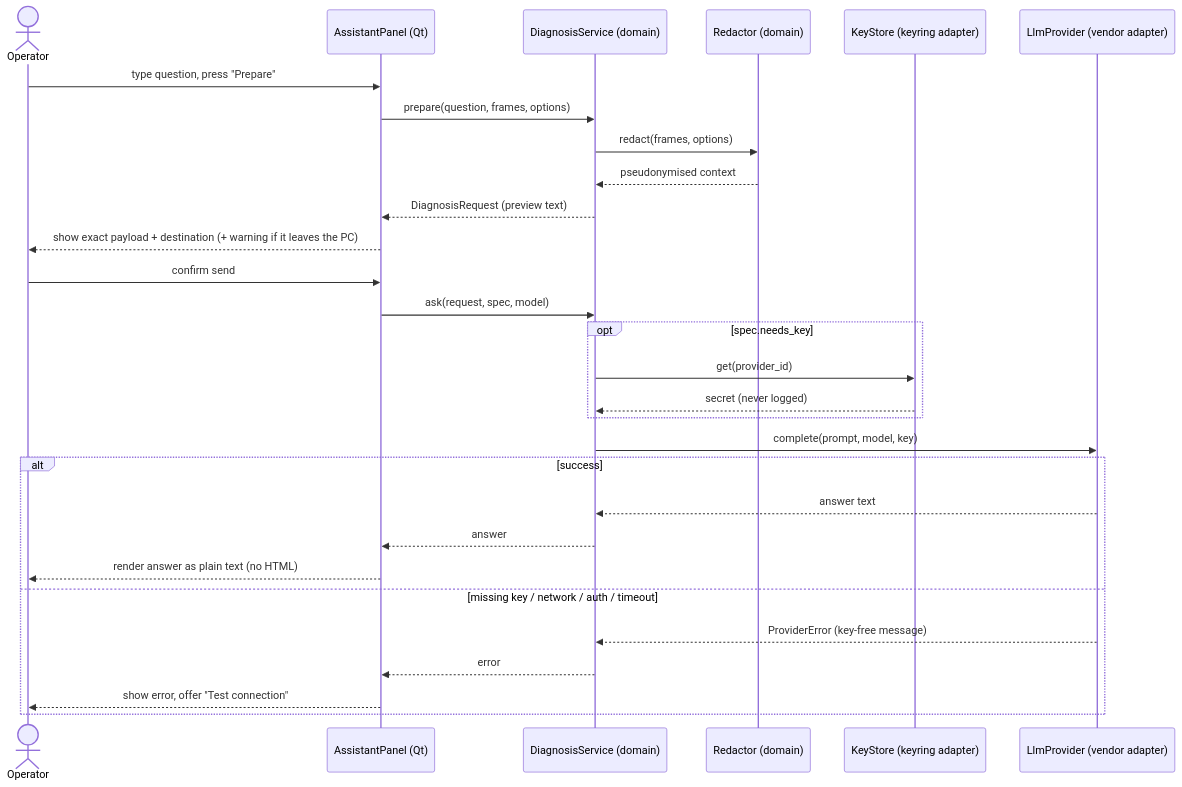
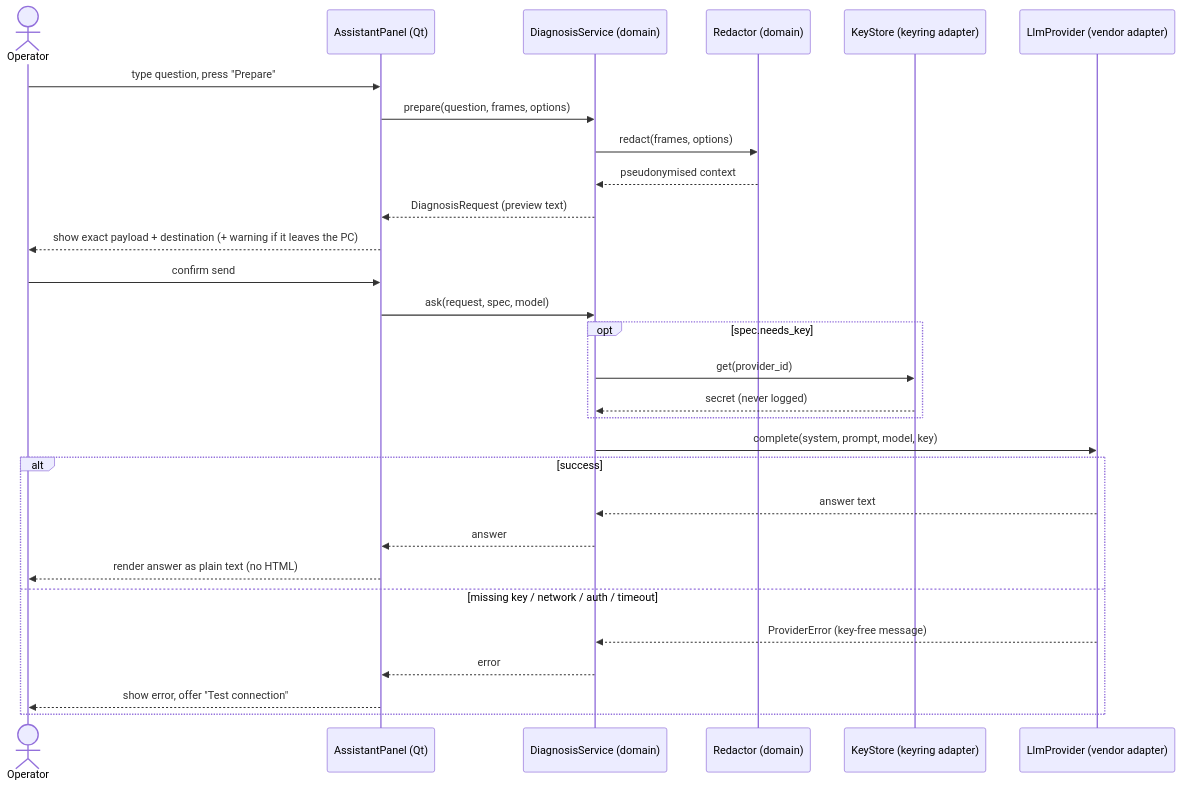
Before and after one commit to benoit-bremaud/busscope: the diagram in docs/architecture/diagrams/ai-assistant/02-sequence.md, drawn with Mermaid. The commit also changed 15 other files, not shown here.

````diff
--- a/docs/architecture/diagrams/ai-assistant/02-sequence.md
+++ b/docs/architecture/diagrams/ai-assistant/02-sequence.md
@@ -3,32 +3,32 @@
 ```mermaid
 sequenceDiagram
     actor Op as Operator
     participant UI as AssistantPanel (Qt)
     participant Svc as DiagnosisService (domain)
     participant Red as Redactor (domain)
     participant Keys as KeyStore (keyring adapter)
     participant Prov as LlmProvider (vendor adapter)
 
     Op->>UI: type question, press "Prepare"
     UI->>Svc: prepare(question, frames, options)
     Svc->>Red: redact(frames, options)
     Red-->>Svc: pseudonymised context
     Svc-->>UI: DiagnosisRequest (preview text)
     UI-->>Op: show exact payload + destination (+ warning if it leaves the PC)
     Op->>UI: confirm send
     UI->>Svc: ask(request, spec, model)
     opt spec.needs_key
         Svc->>Keys: get(provider_id)
         Keys-->>Svc: secret (never logged)
     end
-    Svc->>Prov: complete(prompt, model, key)
+    Svc->>Prov: complete(system, prompt, model, key)
     alt success
         Prov-->>Svc: answer text
         Svc-->>UI: answer
         UI-->>Op: render answer as plain text (no HTML)
     else missing key / network / auth / timeout
         Prov-->>Svc: ProviderError (key-free message)
         Svc-->>UI: error
         UI-->>Op: show error, offer "Test connection"
     end
 ```
````
